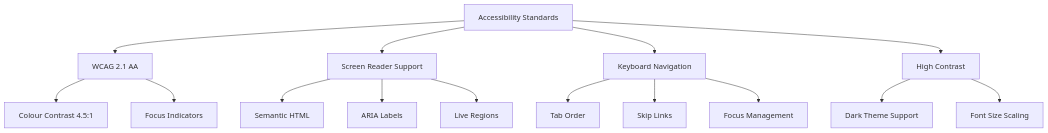
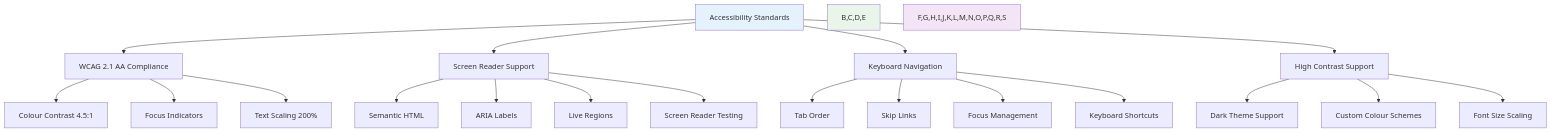
Before and after one commit to Justy6674/DSWebsite_next.js: diagram 22 of 31 in docs/patient-portal-mobile-first-redesign-prd.md, drawn with Mermaid. The commit also changed other lines of this file, not shown here.

First line of the commit message:
fix: Complete Patient Portal PRD with comprehensive mermaid diagrams

````diff
--- a/docs/patient-portal-mobile-first-redesign-prd.md
+++ b/docs/patient-portal-mobile-first-redesign-prd.md
@@ -546,21 +693,29 @@
 ```mermaid
 graph TD
-    A[Accessibility Standards] --> B[WCAG 2.1 AA]
+    A[Accessibility Standards] --> B[WCAG 2.1 AA Compliance]
     A --> C[Screen Reader Support]
     A --> D[Keyboard Navigation]
-    A --> E[High Contrast]
+    A --> E[High Contrast Support]
 
     B --> F[Colour Contrast 4.5:1]
     B --> G[Focus Indicators]
+    B --> H[Text Scaling 200%]
 
-    C --> H[Semantic HTML]
-    C --> I[ARIA Labels]
-    C --> J[Live Regions]
+    C --> I[Semantic HTML]
+    C --> J[ARIA Labels]
+    C --> K[Live Regions]
+    C --> L[Screen Reader Testing]
 
-    D --> K[Tab Order]
-    D --> L[Skip Links]
-    D --> M[Focus Management]
+    D --> M[Tab Order]
+    D --> N[Skip Links]
+    D --> O[Focus Management]
+    D --> P[Keyboard Shortcuts]
 
-    E --> N[Dark Theme Support]
-    E --> O[Font Size Scaling]
+    E --> Q[Dark Theme Support]
+    E --> R[Custom Colour Schemes]
+    E --> S[Font Size Scaling]
+
+    style A fill:#e3f2fd
+    style B,C,D,E fill:#e8f5e8
+    style F,G,H,I,J,K,L,M,N,O,P,Q,R,S fill:#f3e5f5
 ```
````
